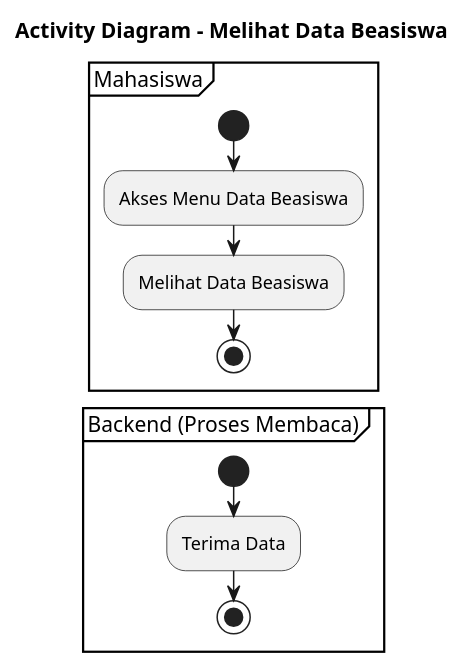
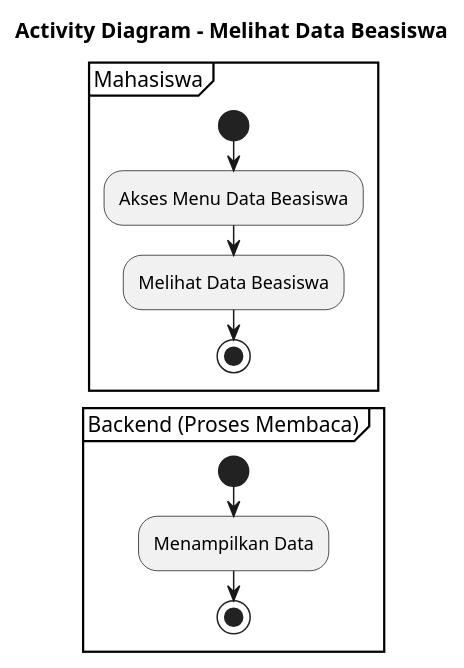
Before and after one commit to RizqiMaulana14/Project: the fifth of 5 diagrams in activity.puml, drawn with PlantUML. The commit also changed other lines of this file and 2 other files, not shown here.

```diff
--- a/activity.puml
+++ b/activity.puml
@@ -61,16 +102,16 @@
 @startuml
 title Activity Diagram - Melihat Data Beasiswa
 
 partition "Mahasiswa" {
     start
     :Akses Menu Data Beasiswa;
     :Melihat Data Beasiswa;
     stop
 }
 
 partition "Backend (Proses Membaca)" {
     start
-    :Terima Data;
+    :Menampilkan Data;
     stop
 }
 @enduml
```
